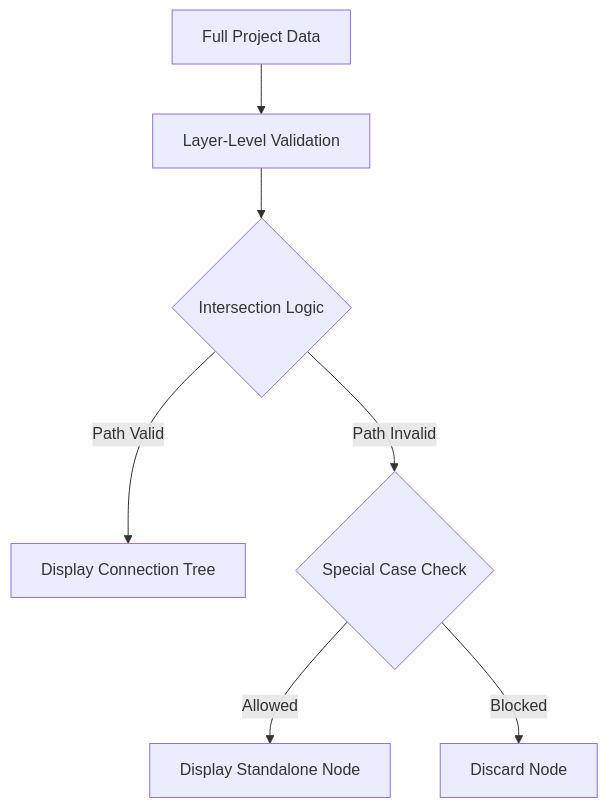
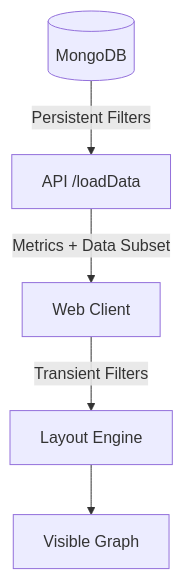
One commit to AlesKracik/ValueStream-DependencyTree changed the diagram in doc/DASHBOARDS.md. Above: the diagram before and after it, drawn with Mermaid. The commit also changed other lines of this file and 16 other files, not shown here.

````diff
--- a/doc/DASHBOARDS.md
+++ b/doc/DASHBOARDS.md
@@ -74,9 +52,7 @@
 ```mermaid
 graph TD
-    Data[Full Project Data] --> Validation[Layer-Level Validation]
-    Validation --> Intersection{Intersection Logic}
-    Intersection -->|Path Valid| Show[Display Connection Tree]
-    Intersection -->|Path Invalid| Standalone{Special Case Check}
-    Standalone -->|Allowed| ShowNode[Display Standalone Node]
-    Standalone -->|Blocked| Hide[Discard Node]
+    DB[(MongoDB)] -->|Persistent Filters| API[API /loadData]
+    API -->|Metrics + Data Subset| UI[Web Client]
+    UI -->|Transient Filters| Layout[Layout Engine]
+    Layout --> Render[Visible Graph]
 ```
````
